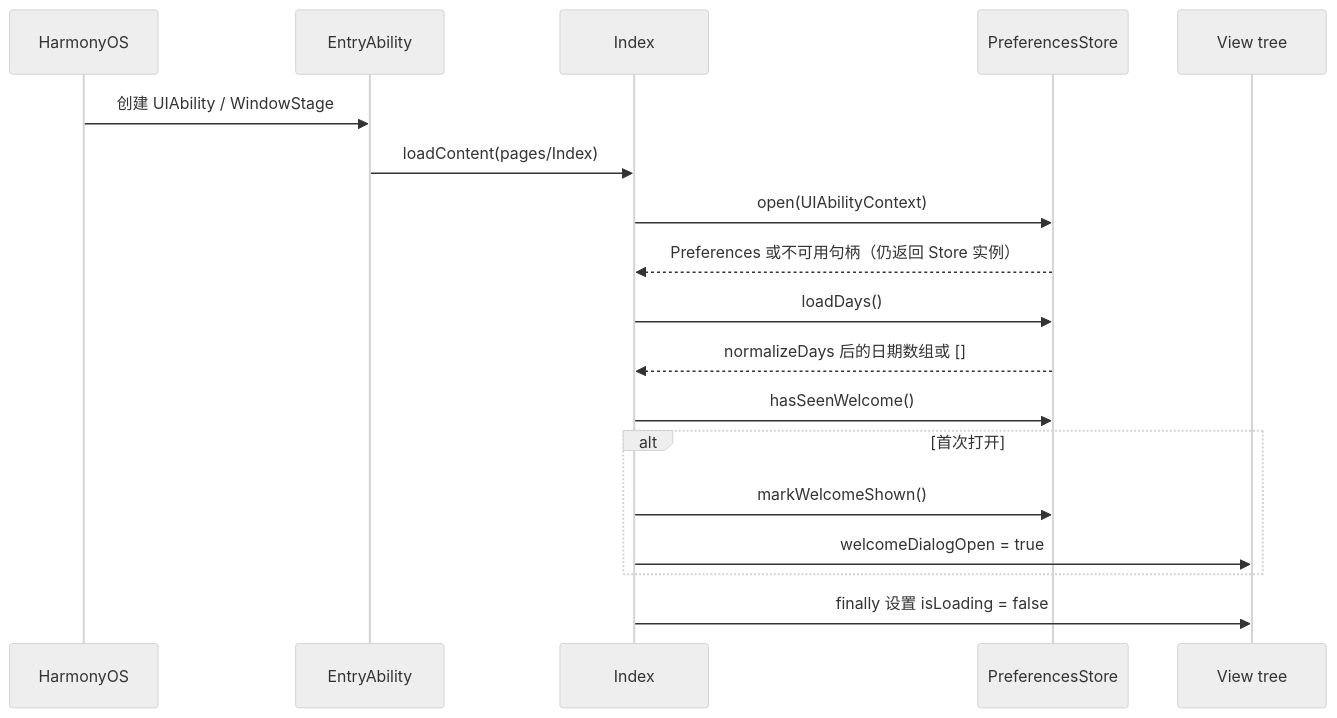
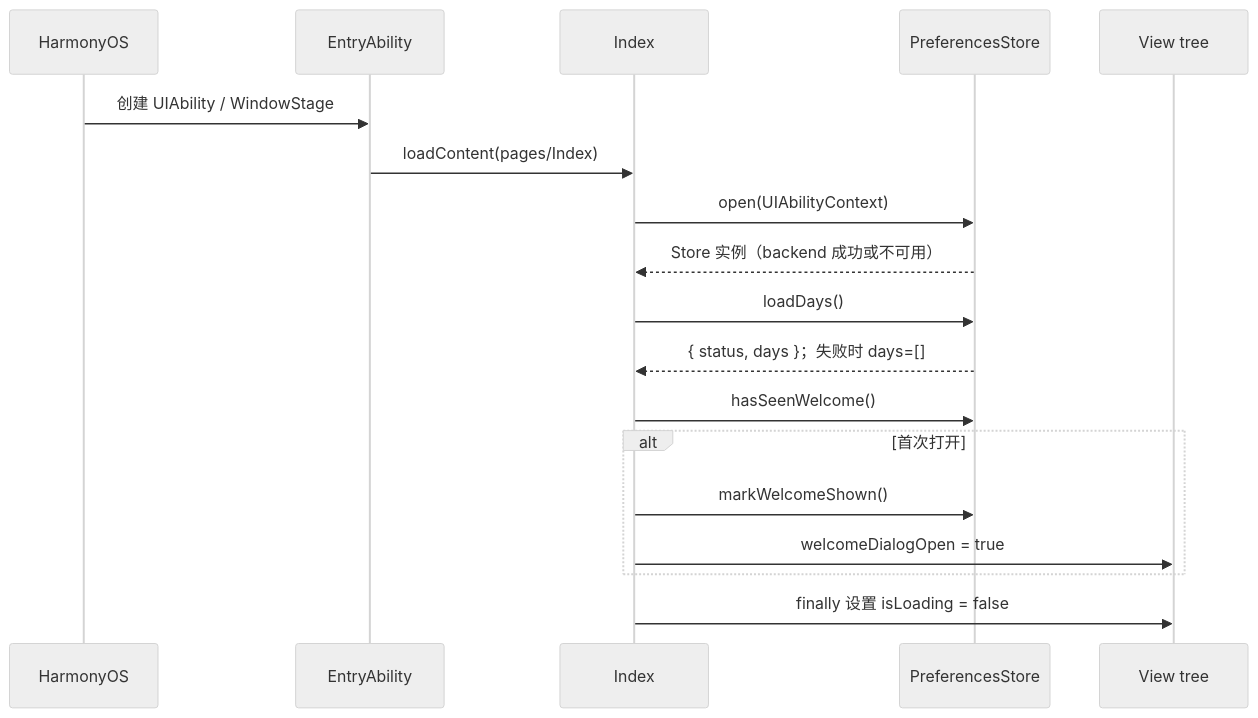
One commit to Kiruno-lz/hercula changed the first of 4 diagrams in docs/architecture/data-flow.md. Above: the diagram before and after it, drawn with Mermaid (neutral theme). The commit also changed other lines of this file and 16 other files, not shown here.

Commit message:
docs: consolidate architecture guidance - Consolidate project and architecture guidance in README.md, docs/README.md, docs/architecture, and docs/research - Preserve the refactor boundaries and verification plan in docs/architecture/10-refactor-plan.md

````diff
--- a/docs/architecture/data-flow.md
+++ b/docs/architecture/data-flow.md
@@ -40,21 +41,21 @@
 ```mermaid
 sequenceDiagram
   participant OS as HarmonyOS
   participant A as EntryAbility
   participant I as Index
   participant S as PreferencesStore
   participant V as View tree
 
   OS->>A: 创建 UIAbility / WindowStage
   A->>I: loadContent(pages/Index)
   I->>S: open(UIAbilityContext)
-  S-->>I: Preferences 或不可用句柄（仍返回 Store 实例）
+  S-->>I: Store 实例（backend 成功或不可用）
   I->>S: loadDays()
-  S-->>I: normalizeDays 后的日期数组或 []
+  S-->>I: { status, days }；失败时 days=[]
   I->>S: hasSeenWelcome()
   alt 首次打开
     I->>S: markWelcomeShown()
     I->>V: welcomeDialogOpen = true
   end
   I->>V: finally 设置 isLoading = false
 ```
````
